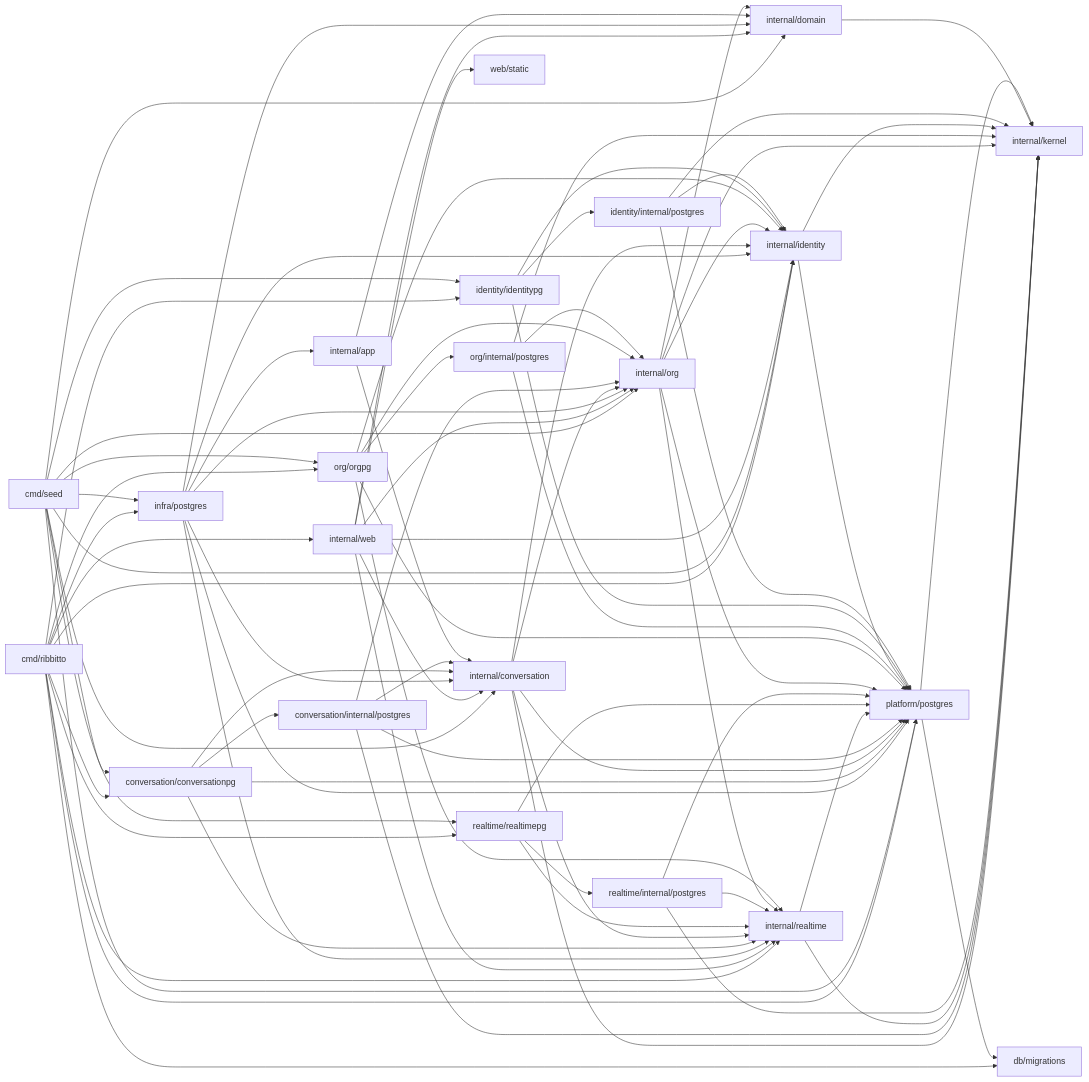
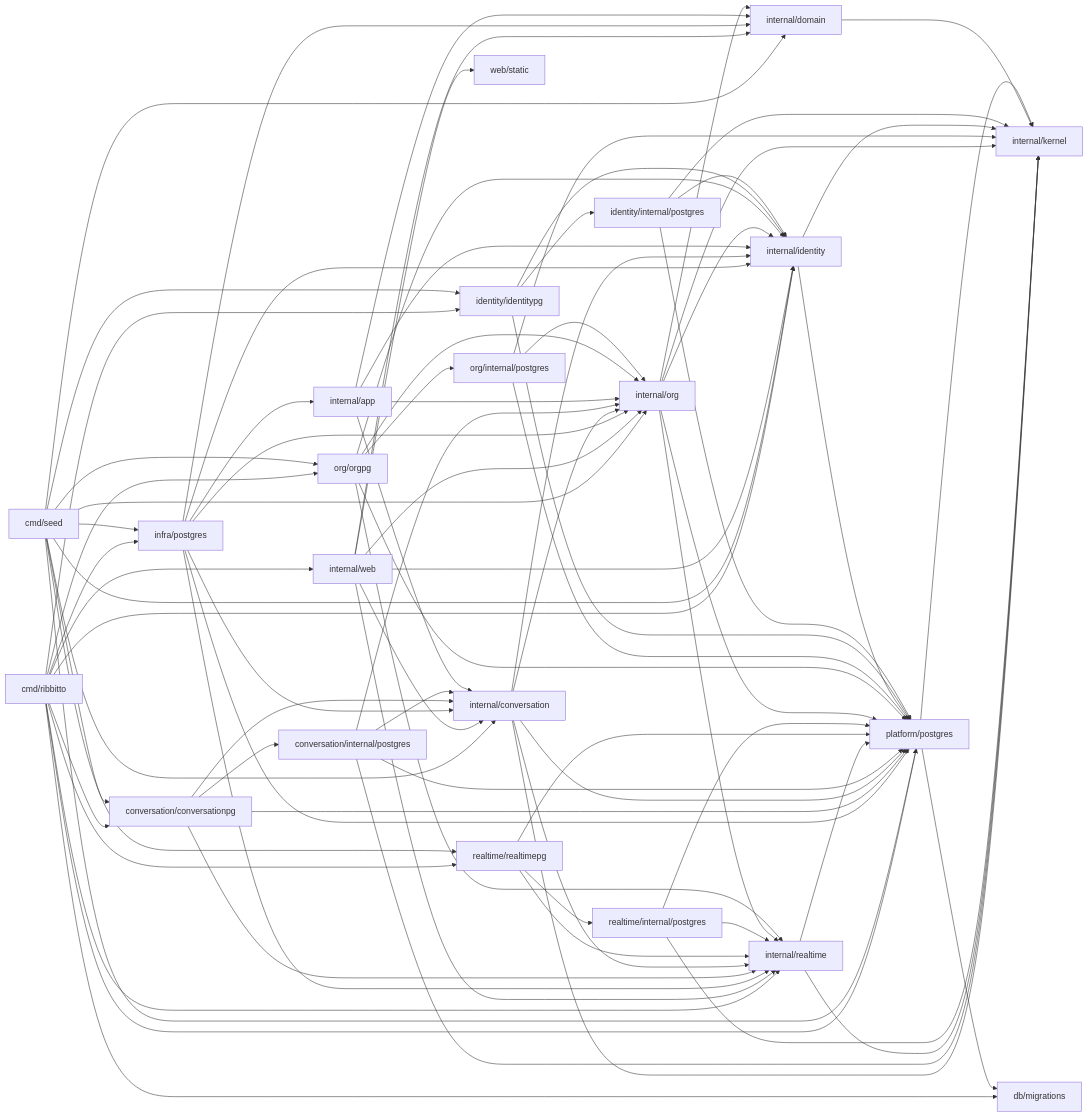
One commit to tkakkie/ribbitto changed the diagram in docs/architecture/packages.md. Above: the diagram before and after it, drawn with Mermaid.

Commit message:
docs(architecture): keep app's diagram edges as its allowed imports

````diff
--- a/docs/architecture/packages.md
+++ b/docs/architecture/packages.md
@@ -38,22 +38,22 @@
 ```mermaid
 flowchart LR
   cmd[cmd/ribbitto] --> web & orgpg[org/orgpg] & conversationpg[conversation/conversationpg] & identity & identitypg[identity/identitypg] & realtimepg & postgres[infra/postgres] & realtime & platform[platform/postgres] & migrations[db/migrations]
   seed[cmd/seed] --> conversation & conversationpg & org & orgpg & identity & identitypg & realtimepg & postgres & platform & domain
   web[internal/web] --> org & conversation & identity & domain & realtime & static[web/static]
   postgres --> app & org & conversation & identity & domain & platform & realtime
   conversationpg --> conversation[internal/conversation] & cstore[conversation/internal/postgres] & realtime & platform
   conversation --> identity & org & realtime & kernel & platform
   cstore --> conversation & org & platform & kernel
   realtime[internal/realtime] --> kernel & platform
   realtimepg[realtime/realtimepg] --> realtime & rstore[realtime/internal/postgres] & platform
   rstore --> realtime & platform & kernel
-  app[internal/app] --> conversation & domain[internal/domain]
+  app[internal/app] --> org & conversation & identity & domain[internal/domain]
   org[internal/org] --> identity & realtime & domain & kernel & platform
   orgpg --> org & ostore[org/internal/postgres] & platform & identity & realtime
   ostore --> org & platform & kernel
   identity[internal/identity] --> kernel & platform
   identitypg --> identity & store[identity/internal/postgres] & platform
   store --> identity & platform & kernel
   domain --> kernel[internal/kernel]
   platform --> kernel & migrations
 ```
````
